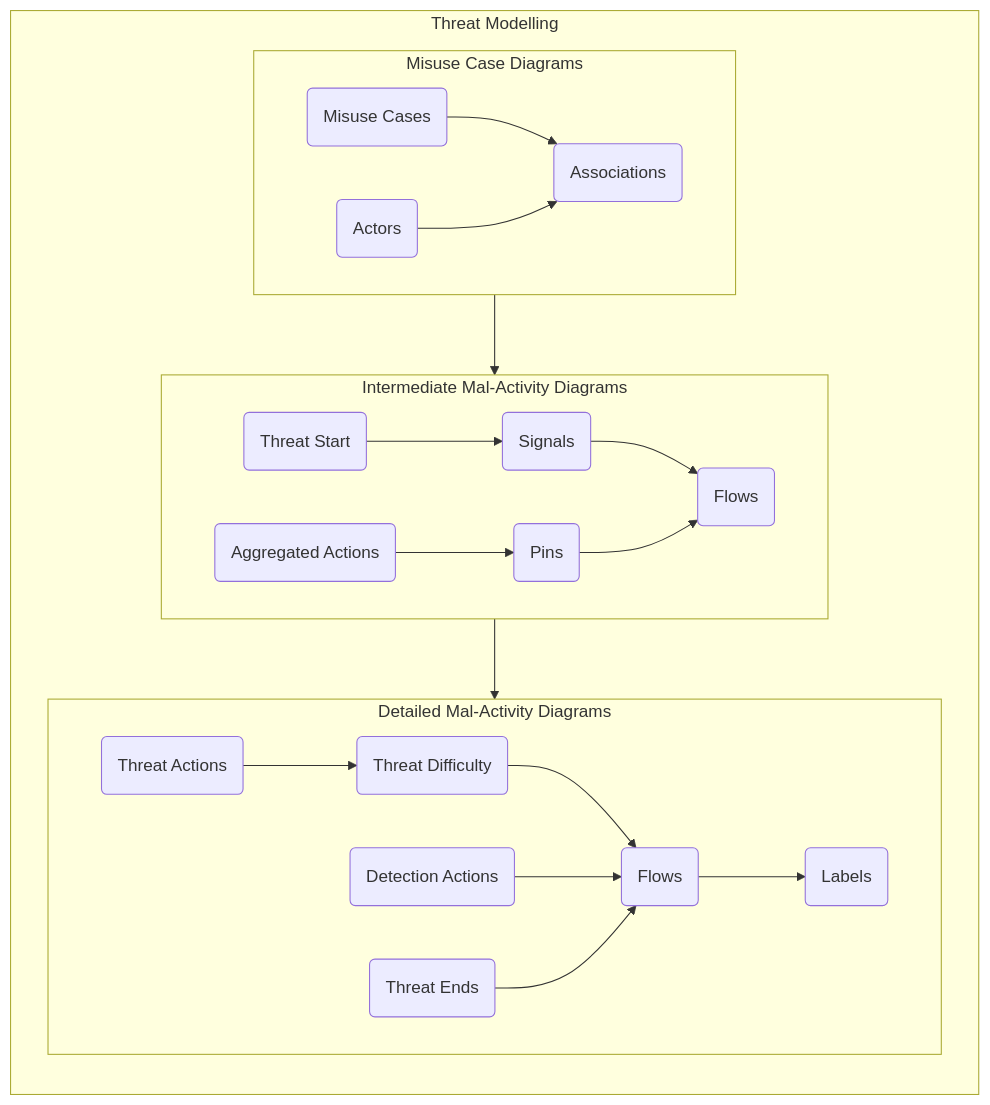
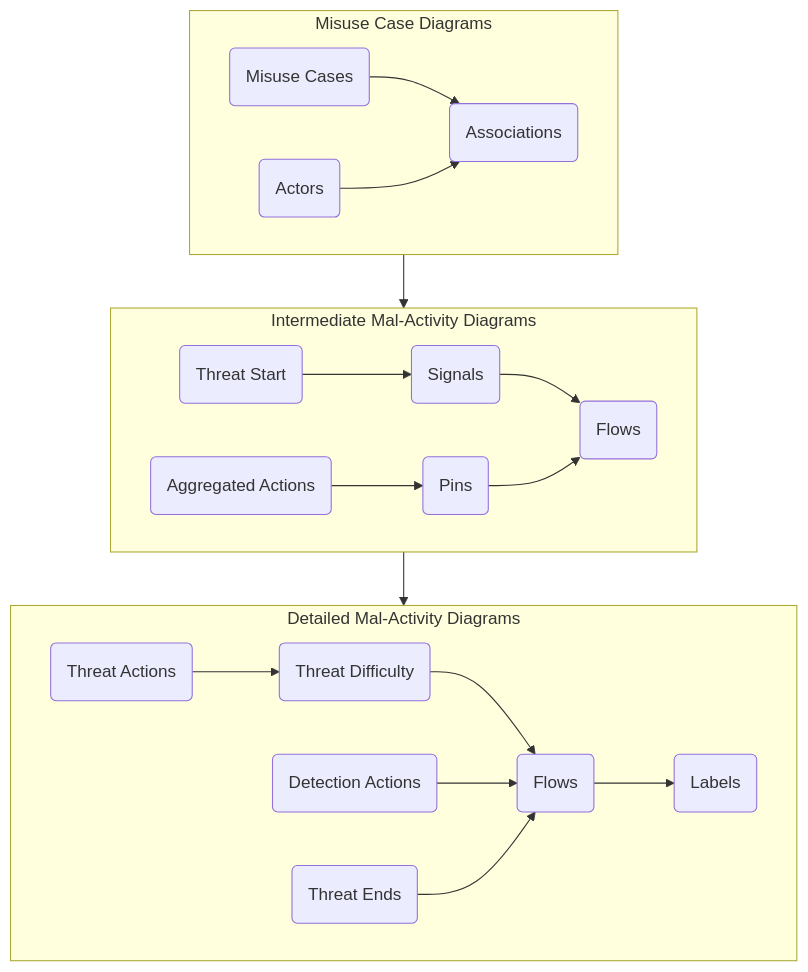
One commit to stuartfowler/CEMT changed the second of 4 diagrams in README.md. Above: the diagram before and after it, drawn with Mermaid. The commit also changed other lines of this file and 17 other files, not shown here.

````diff
--- a/README.md
+++ b/README.md
@@ -137,23 +137,21 @@
 ```mermaid
 flowchart TB
-  subgraph TMo["Threat Modelling"]
     direction TB
     subgraph 1["Misuse Case Diagrams"]
       direction LR
       1a("Misuse Cases") --> 1c("Associations")
       1b("Actors") --> 1c
     end
     subgraph 2["Intermediate Mal-Activity Diagrams"]
       direction LR
       2c("Threat Start") --> 2d("Signals") --> 2e("Flows")
       2a("Aggregated Actions") --> 2b("Pins") --> 2e        
     end
     subgraph 3["Detailed Mal-Activity Diagrams"]
       direction LR
       3a("Threat Actions") --> 3c("Threat Difficulty") --> 3d("Flows") --> 3f("Labels")
       3b("Detection Actions") --> 3d
       3e("Threat Ends") --> 3d
     end
     1 --> 2 --> 3
-  end
 ```
````
